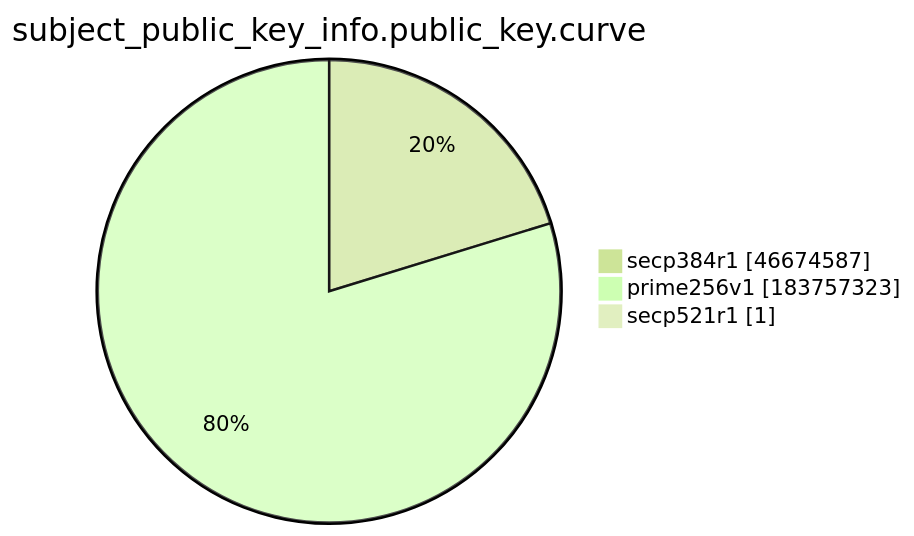
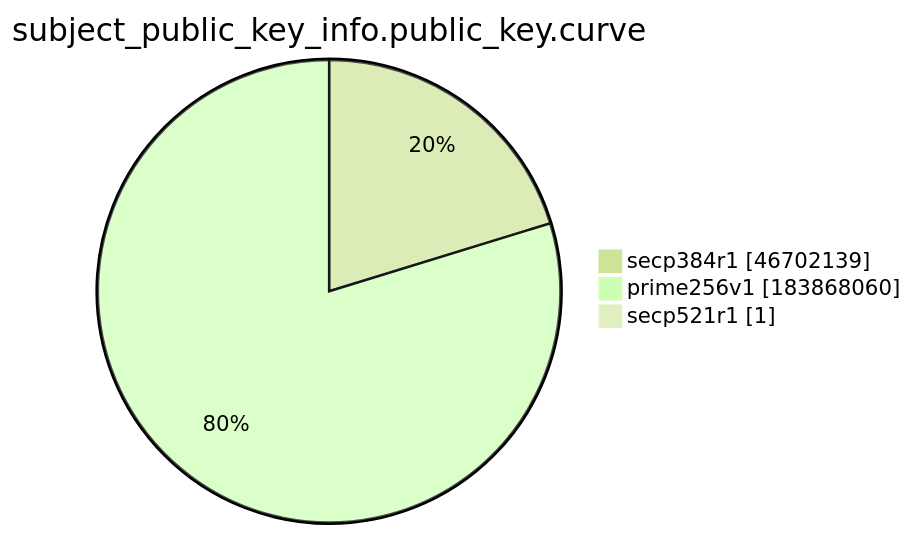
The ninth of 15 diagrams in xenon2022/README.md (christiankrug/ctmonitor_visualization), drawn with Mermaid (forest theme) before and after one commit. The commit also changed other lines of this file, not shown here.

````diff
--- a/xenon2022/README.md
+++ b/xenon2022/README.md
@@ -2874,7 +2874,7 @@
 ```mermaid
 pie showData
 title subject_public_key_info.public_key.curve
-"secp384r1" :46674587
-"prime256v1" :183757323
+"secp384r1" :46702139
+"prime256v1" :183868060
 "secp521r1" :1
 ```
````
